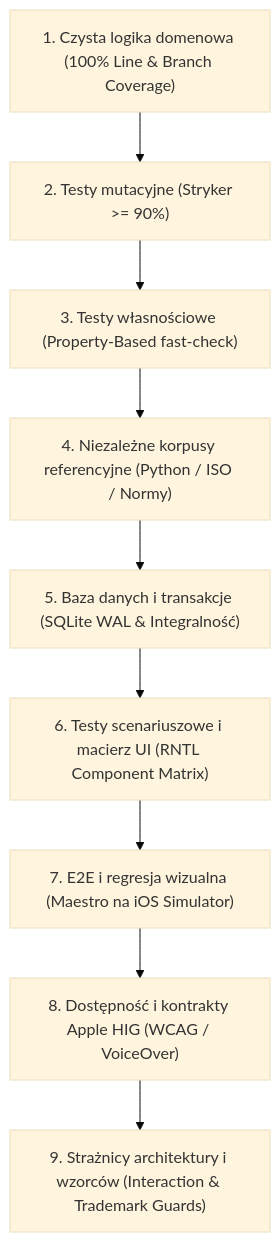
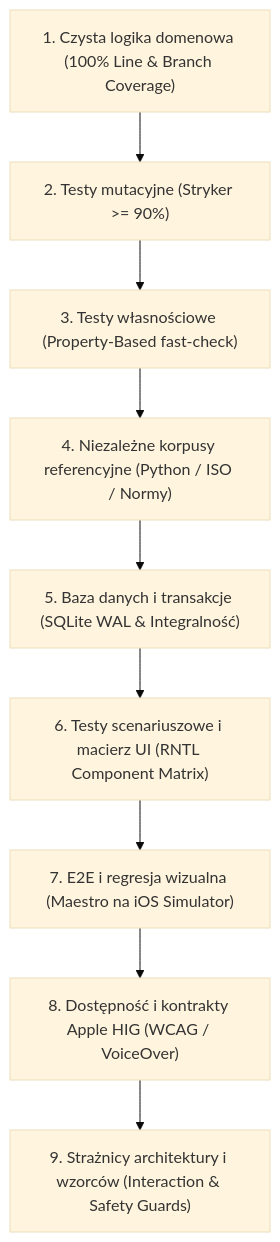
One commit to lkarwowski494/czy-sie-zmiesci changed the diagram in czy_sie_zmiesci_brd/Czy sie zmiesci BRD 0.1 · D4 · rozdz. 17 wielowarstwowa strategia testów (9 warstw jakości).md. Above: the diagram before and after it, drawn with Mermaid (base theme). The commit also changed other lines of this file and 15 other files, not shown here.

````diff
--- a/czy_sie_zmiesci_brd/Czy sie zmiesci BRD 0.1 · D4 · rozdz. 17 wielowarstwowa strategia testów (9 warstw jakości).md
+++ b/czy_sie_zmiesci_brd/Czy sie zmiesci BRD 0.1 · D4 · rozdz. 17 wielowarstwowa strategia testów (9 warstw jakości).md
@@ -7,11 +7,11 @@
 ```mermaid
 flowchart TD
     L1["1. Czysta logika domenowa (100% Line & Branch Coverage)"] --> L2["2. Testy mutacyjne (Stryker >= 90%)"]
     L2 --> L3["3. Testy własnościowe (Property-Based fast-check)"]
     L3 --> L4["4. Niezależne korpusy referencyjne (Python / ISO / Normy)"]
     L4 --> L5["5. Baza danych i transakcje (SQLite WAL & Integralność)"]
     L5 --> L6["6. Testy scenariuszowe i macierz UI (RNTL Component Matrix)"]
     L6 --> L7["7. E2E i regresja wizualna (Maestro na iOS Simulator)"]
     L7 --> L8["8. Dostępność i kontrakty Apple HIG (WCAG / VoiceOver)"]
-    L8 --> L9["9. Strażnicy architektury i wzorców (Interaction & Trademark Guards)"]
+    L8 --> L9["9. Strażnicy architektury i wzorców (Interaction & Safety Guards)"]
 ```
````
